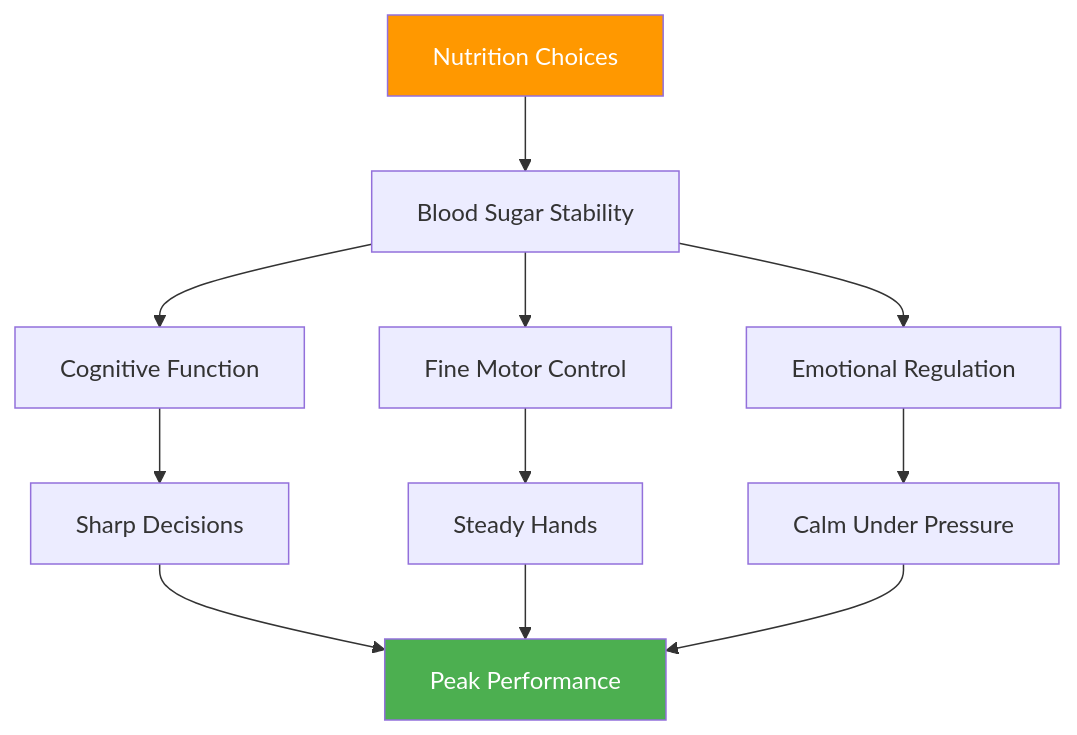
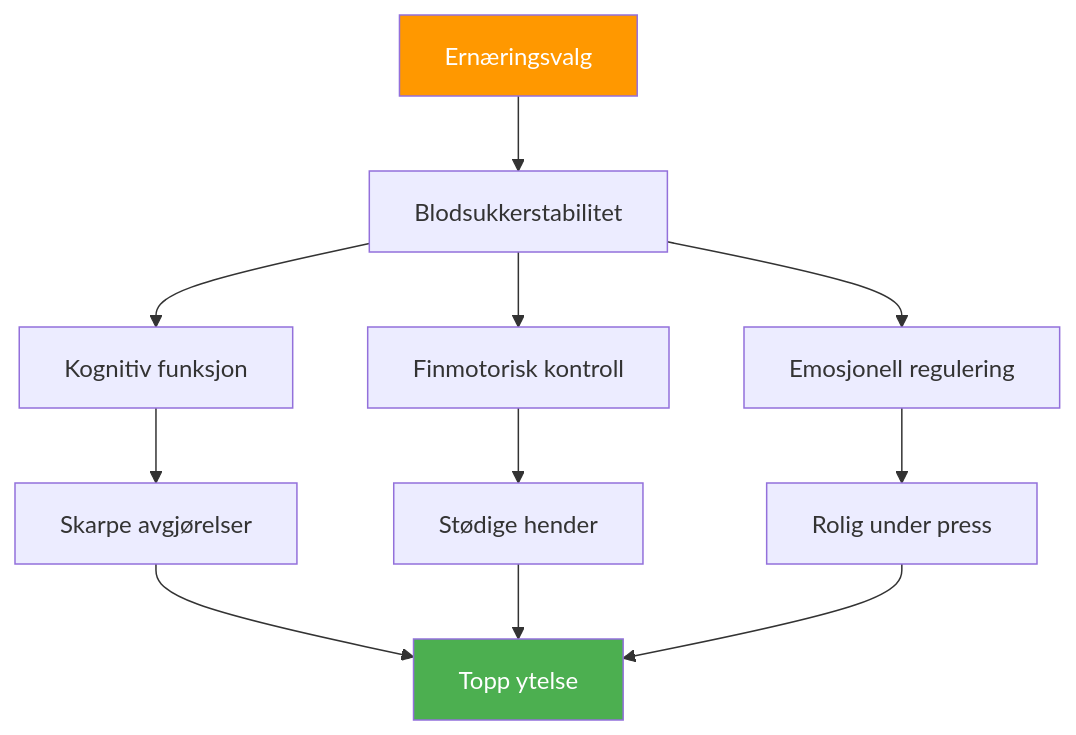
Before and after one commit to patwii/petanque-academy: the diagram in docs/no/articles/nutrition-competition.md, drawn with Mermaid. The commit also changed other lines of this file and 550 other files, not shown here.

````diff
--- a/docs/no/articles/nutrition-competition.md
+++ b/docs/no/articles/nutrition-competition.md
@@ -22,18 +22,18 @@
 ```mermaid
 flowchart TD
-    A[Nutrition Choices] --> B[Blood Sugar Stability]
-    B --> C[Cognitive Function]
-    B --> D[Fine Motor Control]
-    B --> E[Emotional Regulation]
+    A[Ernæringsvalg] --> B[Blodsukkerstabilitet]
+    B --> C[Kognitiv funksjon]
+    B --> D[Finmotorisk kontroll]
+    B --> E[Emosjonell regulering]
 
-    C --> F[Sharp Decisions]
-    D --> G[Steady Hands]
-    E --> H[Calm Under Pressure]
+    C --> F[Skarpe avgjørelser]
+    D --> G[Stødige hender]
+    E --> H[Rolig under press]
 
-    F --> I[Peak Performance]
+    F --> I[Topp ytelse]
     G --> I
     H --> I
 
     style A fill:#FF9800,color:#fff
     style I fill:#4CAF50,color:#fff
 ```
````
